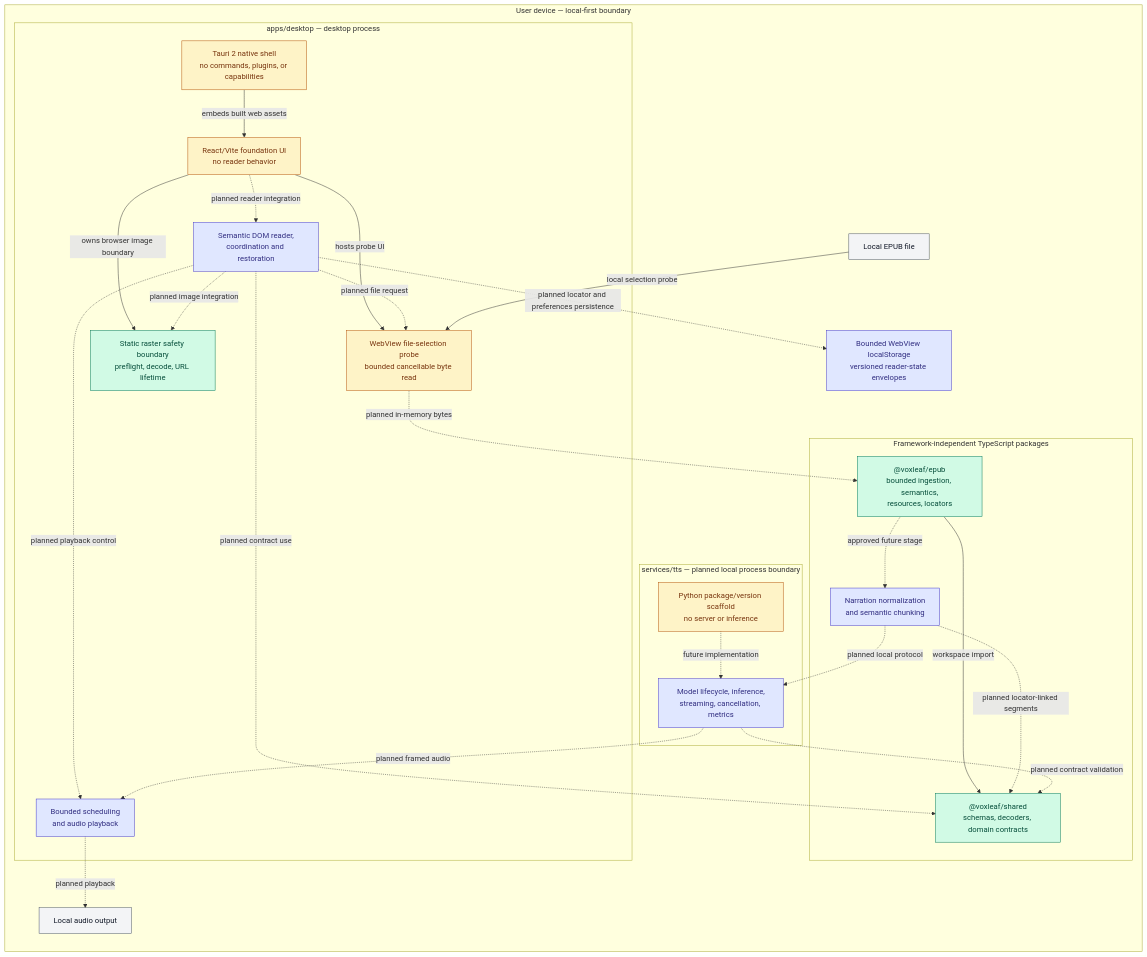
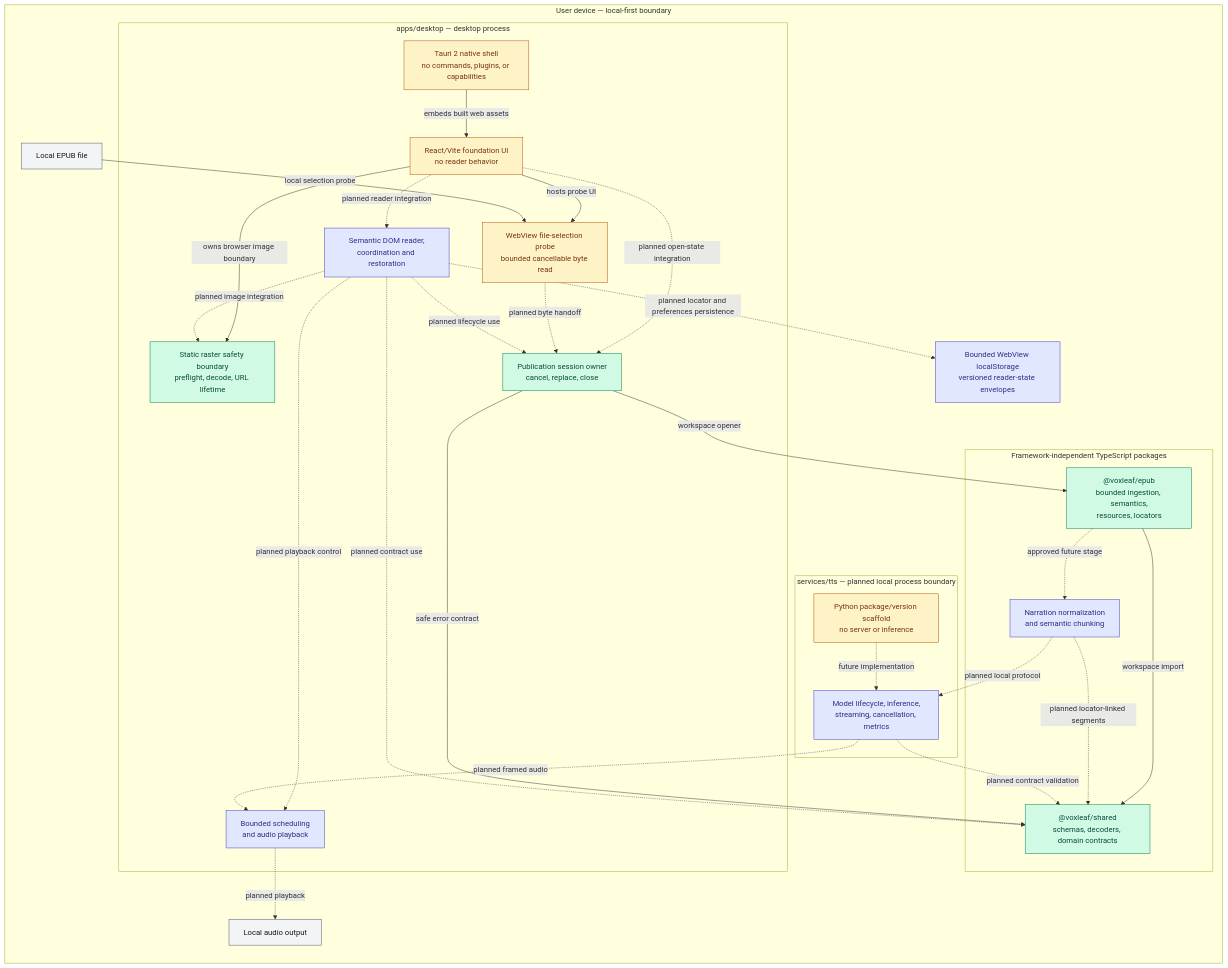
Before and after one commit to mmjosedaniel/voxleaf: the first of 2 diagrams in docs/architecture/system-diagram.md, drawn with Mermaid. The commit also changed other lines of this file and 9 other files, not shown here.

Commit message:
feat(desktop): own publication session lifecycle (#50)

````diff
--- a/docs/architecture/system-diagram.md
+++ b/docs/architecture/system-diagram.md
@@ -24,53 +24,57 @@
 ```mermaid
 flowchart LR
   classDef implemented fill:#d1fae5,stroke:#047857,color:#064e3b
   classDef partial fill:#fef3c7,stroke:#b45309,color:#78350f
   classDef planned fill:#e0e7ff,stroke:#4338ca,color:#312e81
   classDef external fill:#f3f4f6,stroke:#4b5563,color:#111827
 
   subgraph device["User device — local-first boundary"]
     epubFile["Local EPUB file"]:::external
     audioDevice["Local audio output"]:::external
     readingStore["Bounded WebView localStorage<br/>versioned reader-state envelopes"]:::planned
 
     subgraph desktop["apps/desktop — desktop process"]
       nativeShell["Tauri 2 native shell<br/>no commands, plugins, or capabilities"]:::partial
       webShell["React/Vite foundation UI<br/>no reader behavior"]:::partial
       fileBoundary["WebView file-selection probe<br/>bounded cancellable byte read"]:::partial
       rasterBoundary["Static raster safety boundary<br/>preflight, decode, URL lifetime"]:::implemented
+      publicationSession["Publication session owner<br/>cancel, replace, close"]:::implemented
       reader["Semantic DOM reader,<br/>coordination and restoration"]:::planned
       player["Bounded scheduling<br/>and audio playback"]:::planned
       nativeShell -->|embeds built web assets| webShell
       webShell -->|hosts probe UI| fileBoundary
       webShell -->|owns browser image boundary| rasterBoundary
+      webShell -. planned open-state integration .-> publicationSession
       webShell -. planned reader integration .-> reader
-      reader -. planned file request .-> fileBoundary
+      fileBoundary -. planned byte handoff .-> publicationSession
+      reader -. planned lifecycle use .-> publicationSession
       reader -. planned image integration .-> rasterBoundary
       reader -. planned playback control .-> player
     end
 
     subgraph libraries["Framework-independent TypeScript packages"]
       shared["@voxleaf/shared<br/>schemas, decoders, domain contracts"]:::implemented
       epub["@voxleaf/epub<br/>bounded ingestion, semantics,<br/>resources, locators"]:::implemented
       narration["Narration normalization<br/>and semantic chunking"]:::planned
       epub -->|workspace import| shared
       epub -. approved future stage .-> narration
     end
 
     subgraph tts["services/tts — planned local process boundary"]
       ttsFoundation["Python package/version scaffold<br/>no server or inference"]:::partial
       ttsRuntime["Model lifecycle, inference,<br/>streaming, cancellation, metrics"]:::planned
       ttsFoundation -. future implementation .-> ttsRuntime
     end
   end
 
   epubFile -->|local selection probe| fileBoundary
-  fileBoundary -. planned in-memory bytes .-> epub
+  publicationSession -->|workspace opener| epub
+  publicationSession -->|safe error contract| shared
   reader -. planned contract use .-> shared
   reader -. planned locator and preferences persistence .-> readingStore
   narration -. planned locator-linked segments .-> shared
   narration -. planned local protocol .-> ttsRuntime
   ttsRuntime -. planned contract validation .-> shared
   ttsRuntime -. planned framed audio .-> player
   player -. planned playback .-> audioDevice
 ```
````
